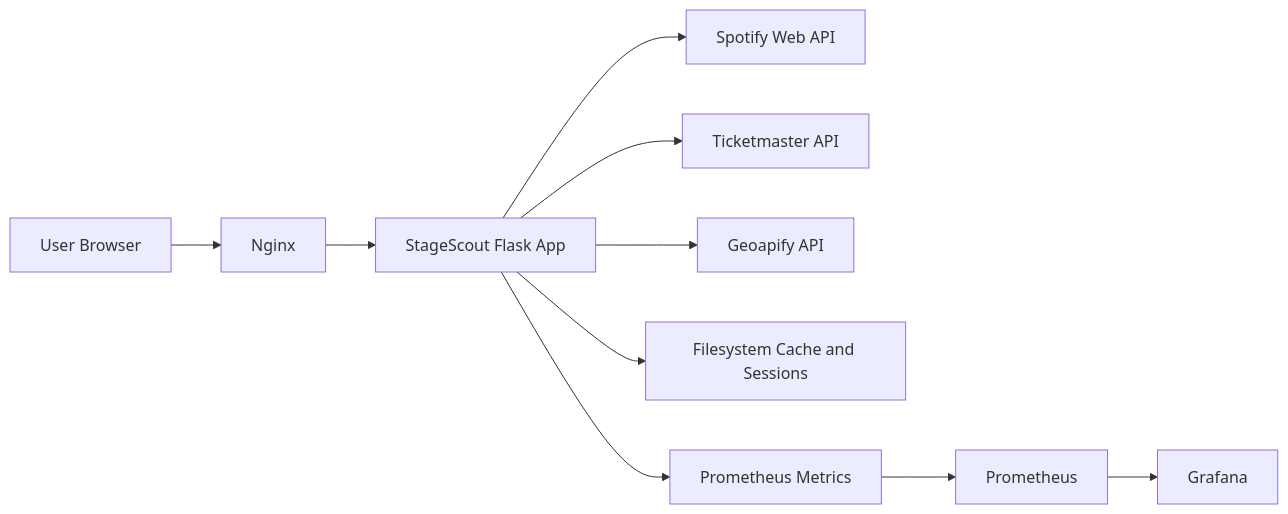
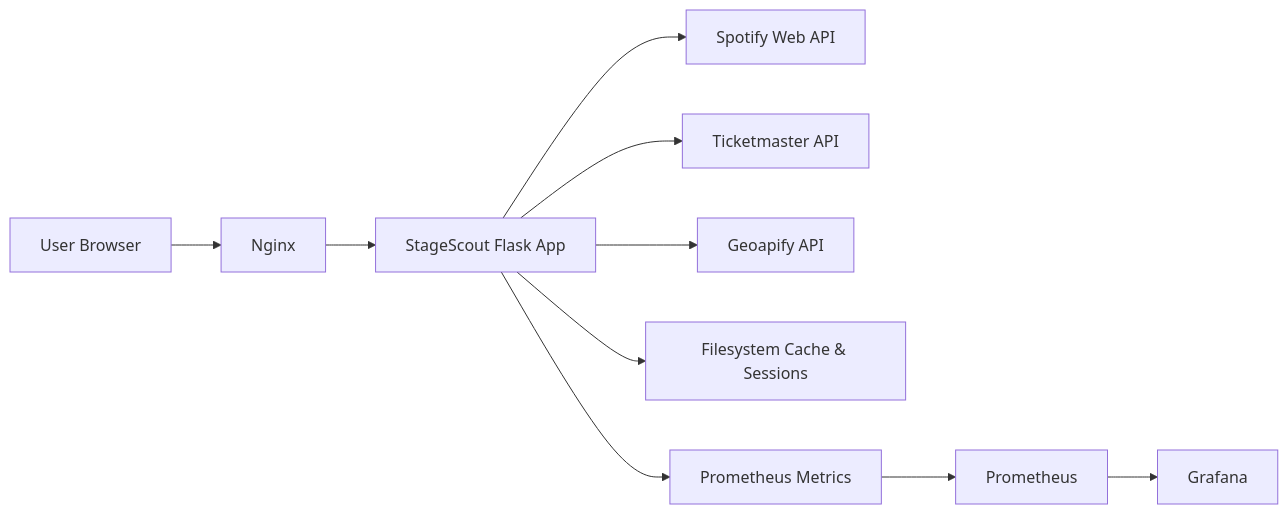
The first of 2 diagrams in README.md (zivhm/StageScout), drawn with Mermaid before and after one commit. The commit also changed other lines of this file, not shown here.

````diff
--- a/README.md
+++ b/README.md
@@ -33,12 +54,12 @@
 ```mermaid
 flowchart LR
     U[User Browser] --> N[Nginx]
     N --> A[StageScout Flask App]
     A --> S[Spotify Web API]
     A --> T[Ticketmaster API]
     A --> G[Geoapify API]
-    A --> C[Filesystem Cache and Sessions]
+    A --> C[Filesystem Cache & Sessions]
     A --> M[Prometheus Metrics]
     M --> P[Prometheus]
     P --> F[Grafana]
 ```
````
